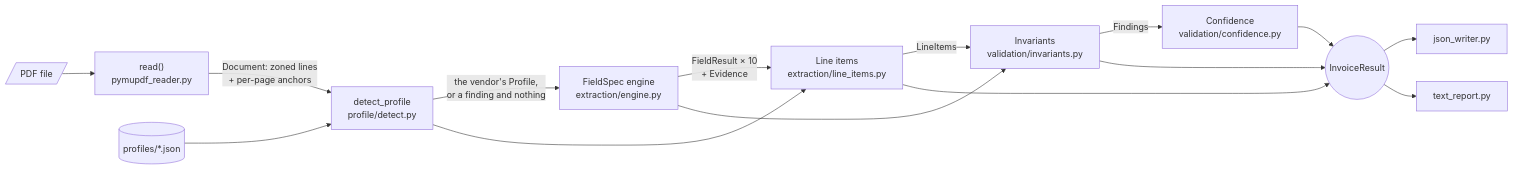
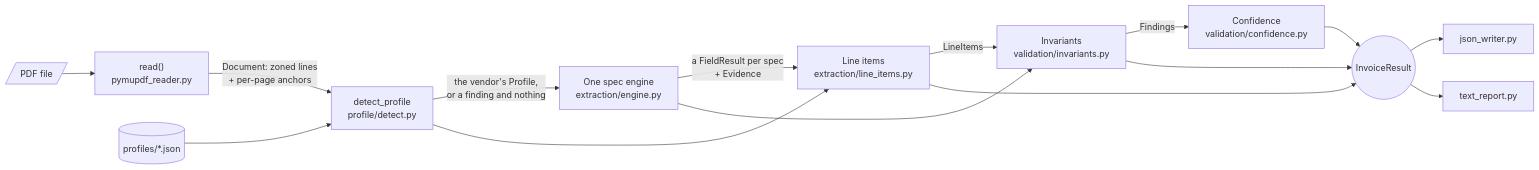
Before and after one commit to lorenzo265/Invoice_Extract: the diagram in README.md, drawn with Mermaid. The commit also changed other lines of this file and 57 other files, not shown here.

````diff
--- a/README.md
+++ b/README.md
@@ -90,17 +99,17 @@
 ```mermaid
 flowchart LR
     PDF[/PDF file/] --> Reader["read()<br/>pymupdf_reader.py"]
     Reader -->|"Document: zoned lines<br/>+ per-page anchors"| Detect["detect_profile<br/>profile/detect.py"]
     Profiles[("profiles/*.json")] --> Detect
-    Detect -->|"the vendor's Profile,<br/>or a finding and nothing"| Engine["FieldSpec engine<br/>extraction/engine.py"]
-    Engine -->|"FieldResult × 10<br/>+ Evidence"| Items["Line items<br/>extraction/line_items.py"]
+    Detect -->|"the vendor's Profile,<br/>or a finding and nothing"| Engine["One spec engine<br/>extraction/engine.py"]
+    Engine -->|"a FieldResult per spec<br/>+ Evidence"| Items["Line items<br/>extraction/line_items.py"]
     Detect --> Items
     Items -->|"LineItems"| Inv["Invariants<br/>validation/invariants.py"]
     Engine --> Inv
     Inv -->|"Findings"| Conf["Confidence<br/>validation/confidence.py"]
     Conf --> Result(("InvoiceResult"))
     Items --> Result
     Inv --> Result
     Result --> JSONOut["json_writer.py"]
     Result --> ReportOut["text_report.py"]
 ```
````
